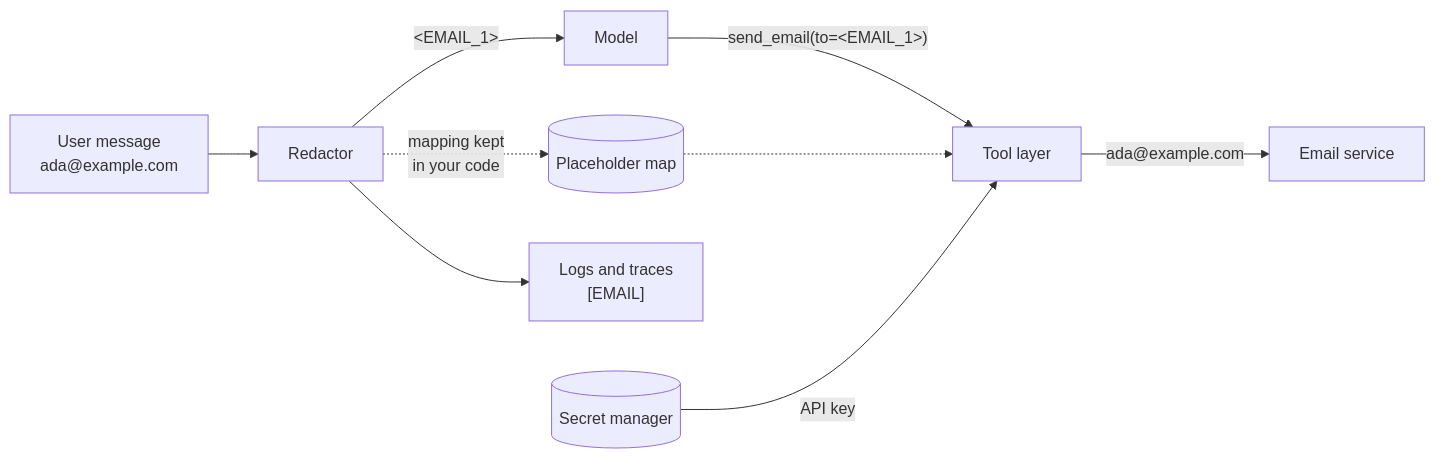
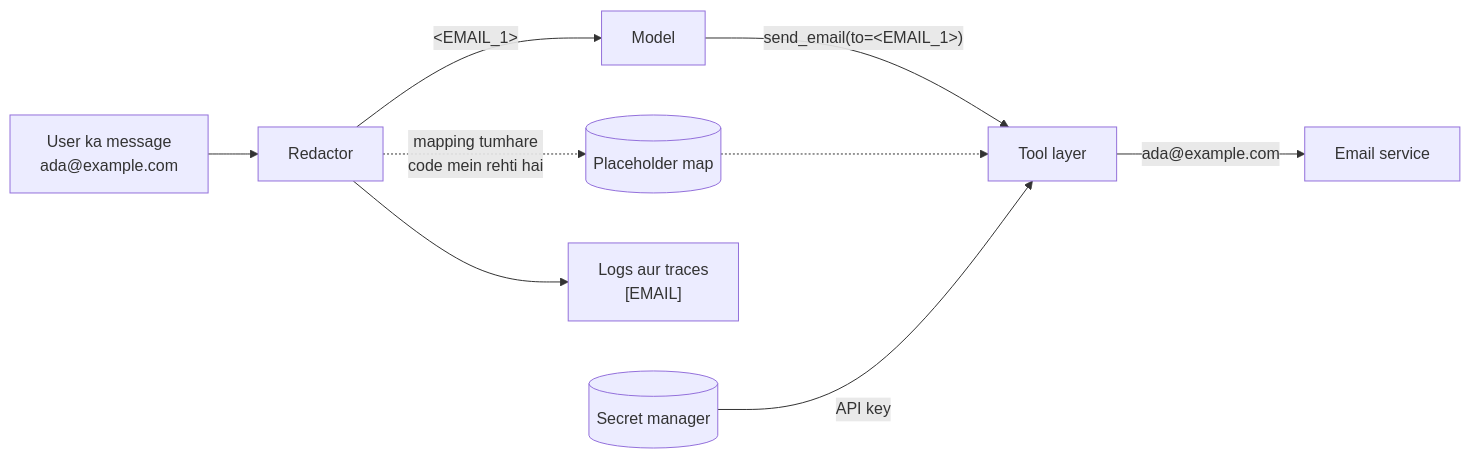
Before and after one commit to asmustechno/agentic-ai-notes: the diagram in docs/13-safety-and-guardrails/13.6-secrets-and-pii.md, drawn with Mermaid. The commit also changed other lines of this file and 135 other files, not shown here.

````diff
--- a/docs/13-safety-and-guardrails/13.6-secrets-and-pii.md
+++ b/docs/13-safety-and-guardrails/13.6-secrets-and-pii.md
@@ -48,11 +50,11 @@
 ```mermaid
 flowchart LR
-    U["User message<br/>ada@example.com"] --> R["Redactor"]
+    U["User ka message<br/>ada@example.com"] --> R["Redactor"]
     R -->|"&lt;EMAIL_1&gt;"| M["Model"]
-    R -.->|"mapping kept<br/>in your code"| V[("Placeholder map")]
+    R -.->|"mapping tumhare<br/>code mein rehti hai"| V[("Placeholder map")]
     M -->|"send_email(to=&lt;EMAIL_1&gt;)"| T["Tool layer"]
     V -.-> T
     T -->|"ada@example.com"| E["Email service"]
-    R --> LG["Logs and traces<br/>[EMAIL]"]
+    R --> LG["Logs aur traces<br/>[EMAIL]"]
     K[("Secret manager")] -->|"API key"| T
 ```
````
